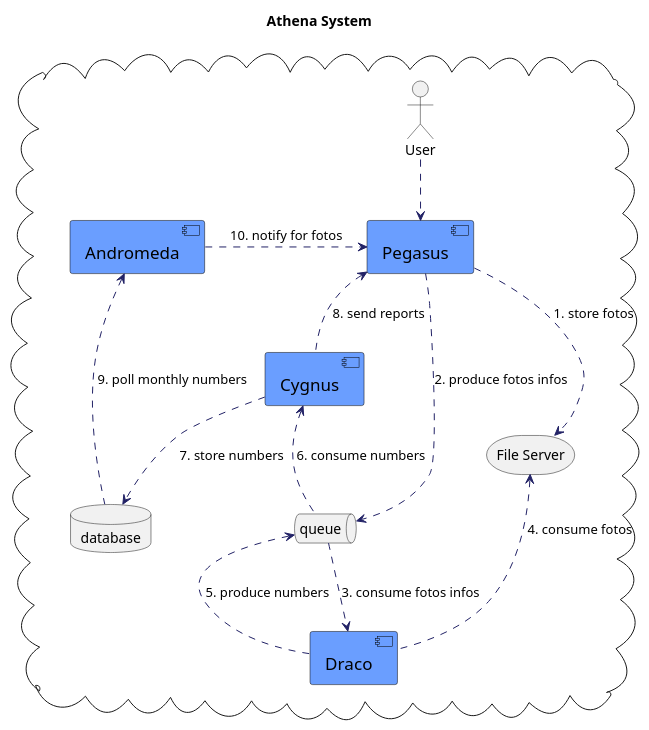
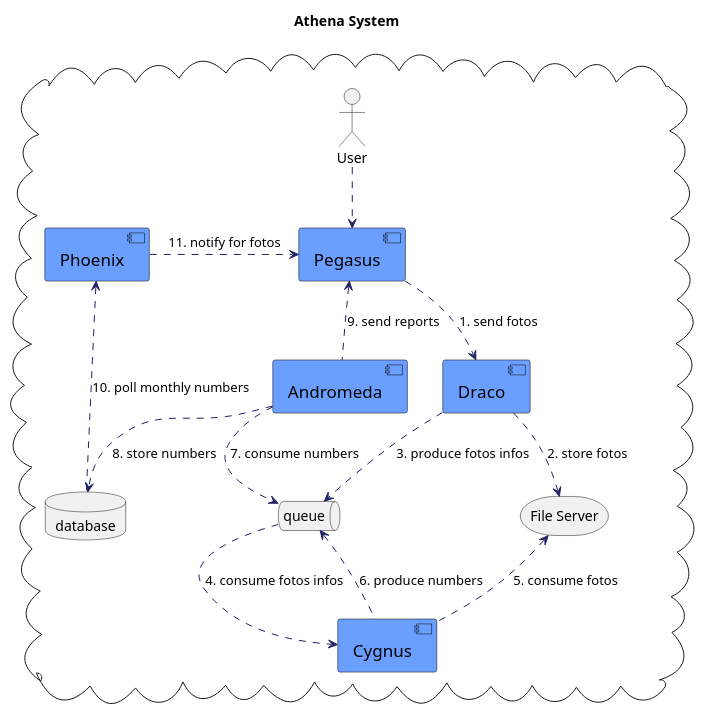
The diagram in schema.puml (chesteric31/athema), drawn with PlantUML before and after one commit.

Commit message:
update athena schema with draco as proxy for pegasus

```diff
--- a/schema.puml
+++ b/schema.puml
@@ -1,44 +1,48 @@
 @startuml
 
 skinparam component {
     FontColor          black
     AttributeFontColor black
     FontSize           17
     AttributeFontSize  15
     AttributeFontname  Droid Sans Mono
     BackgroundColor    #6A9EFF
     BorderColor        black
     ArrowColor         #222266
 }
 
 title "Athena System"
 skinparam componentStyle uml2
 
 cloud {
     actor "User" as user
     component "Pegasus" as pegasus
     storage "File Server" as storage
     queue "queue" as queue
     component "Draco" as draco
     component "Cygnus" as cygnus
     component "Andromeda" as andromeda
     database "database" as database
+    component "Phoenix" as phoenix
 
     user .down.> pegasus
-    pegasus .down.> storage : 1. store fotos
-    pegasus .down.> queue : 2. produce fotos infos
 
-    draco <.up. queue : 3. consume fotos infos
-    draco .up.> storage : 4. consume fotos
-    draco .up.> queue : 5. produce numbers
+    pegasus .down.> draco : 1. send fotos
 
-    queue .up.> cygnus : 6. consume numbers
-    cygnus .down.> database : 7. store numbers
-    cygnus .up.> pegasus : 8. send reports
+    draco .down.> storage : 2. store fotos
+    draco .down.> queue : 3. produce fotos infos
 
-    database .up.> andromeda : 9. poll monthly numbers
-    andromeda .right.> pegasus : 10. notify for fotos
+    cygnus <.up. queue : 4. consume fotos infos
+    cygnus .up.> storage : 5. consume fotos
+    cygnus .up.> queue : 6. produce numbers
+
+    andromeda .down.> queue : 7. consume numbers
+    andromeda .down.> database : 8. store numbers
+    andromeda .up.> pegasus : 9. send reports
+
+    database .up.> phoenix : 10. poll monthly numbers
+    phoenix .right.> pegasus : 11. notify for fotos
 
 }
 
 @enduml
```
